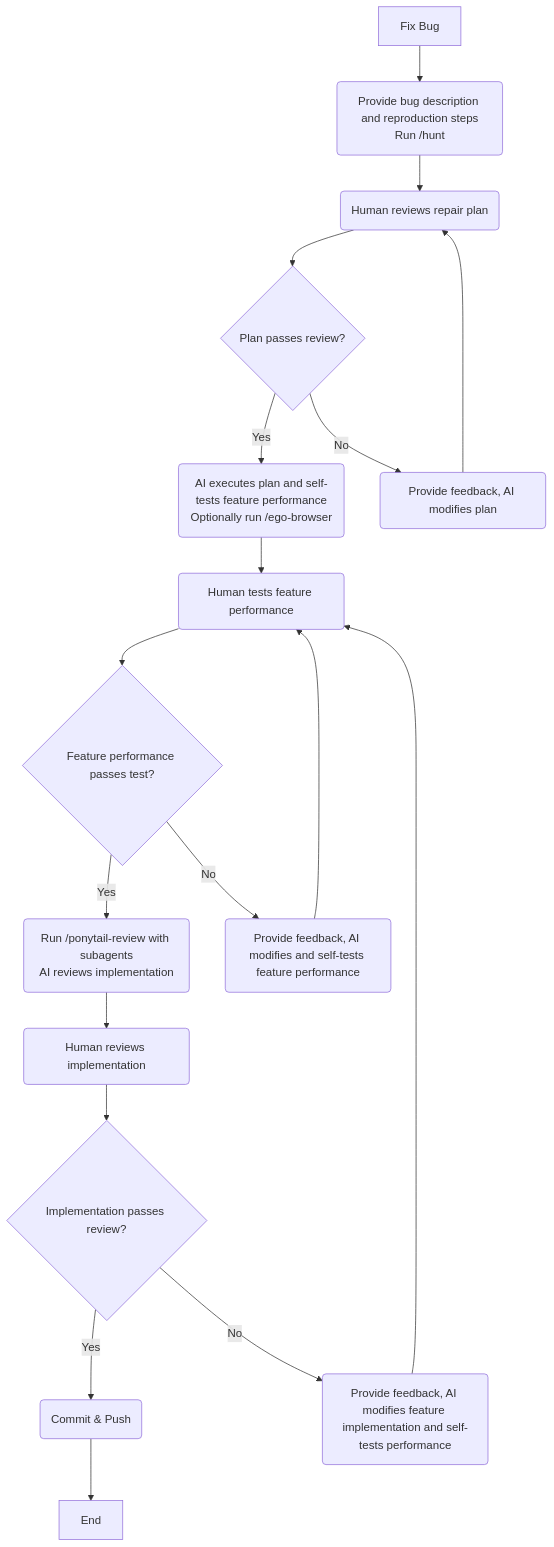
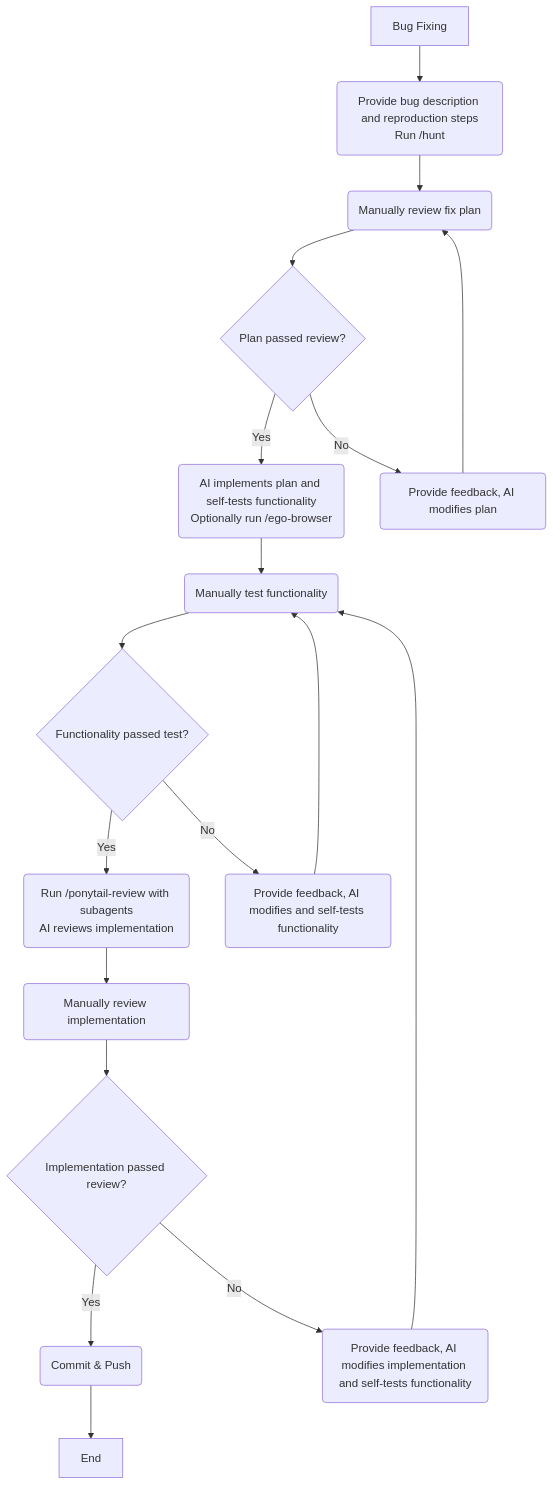
Before and after one commit to ModyQyW/ai: the second of 3 diagrams in README.md, drawn with Mermaid. The commit also changed other lines of this file and 1 other file, not shown here.

````diff
--- a/README.md
+++ b/README.md
@@ -137,20 +150,21 @@
 ```mermaid
 flowchart TD
-   A[Fix Bug] --> B(Provide bug description and reproduction steps\nRun /hunt)
-   B --> C(Human reviews repair plan)
-   C --> D{Plan passes review?}
-   D -->|Yes| E(AI executes plan and self-tests feature performance\nOptionally run /ego-browser)
+   A[Bug Fixing] --> B(Provide bug description and reproduction steps\nRun /hunt)
+   B --> C(Manually review fix plan)
+   C --> D{Plan passed review?}
+   D -->|Yes| E(AI implements plan and self-tests functionality\nOptionally run /ego-browser)
    D -->|No| F(Provide feedback, AI modifies plan)
    F --> C
-   E --> G(Human tests feature performance)
-   G --> H{Feature performance passes test?}
+   E --> G(Manually test functionality)
+   G --> H{Functionality passed test?}
    H -->|Yes| I(Run /ponytail-review with subagents\nAI reviews implementation)
-   H -->|No| J(Provide feedback, AI modifies and self-tests feature performance)
+   H -->|No| J(Provide feedback, AI modifies and self-tests functionality)
    J --> G
-   I --> K(Human reviews implementation)
-   K --> L{Implementation passes review?}
+   I --> K(Manually review implementation)
+   K --> L{Implementation passed review?}
    L -->|Yes| M(Commit & Push)
-   L -->|No| N(Provide feedback, AI modifies feature implementation and self-tests performance)
+   L -->|No| N(Provide feedback, AI modifies implementation and self-tests functionality)
    N --> G
    M --> O[End]
+
 ```
````
